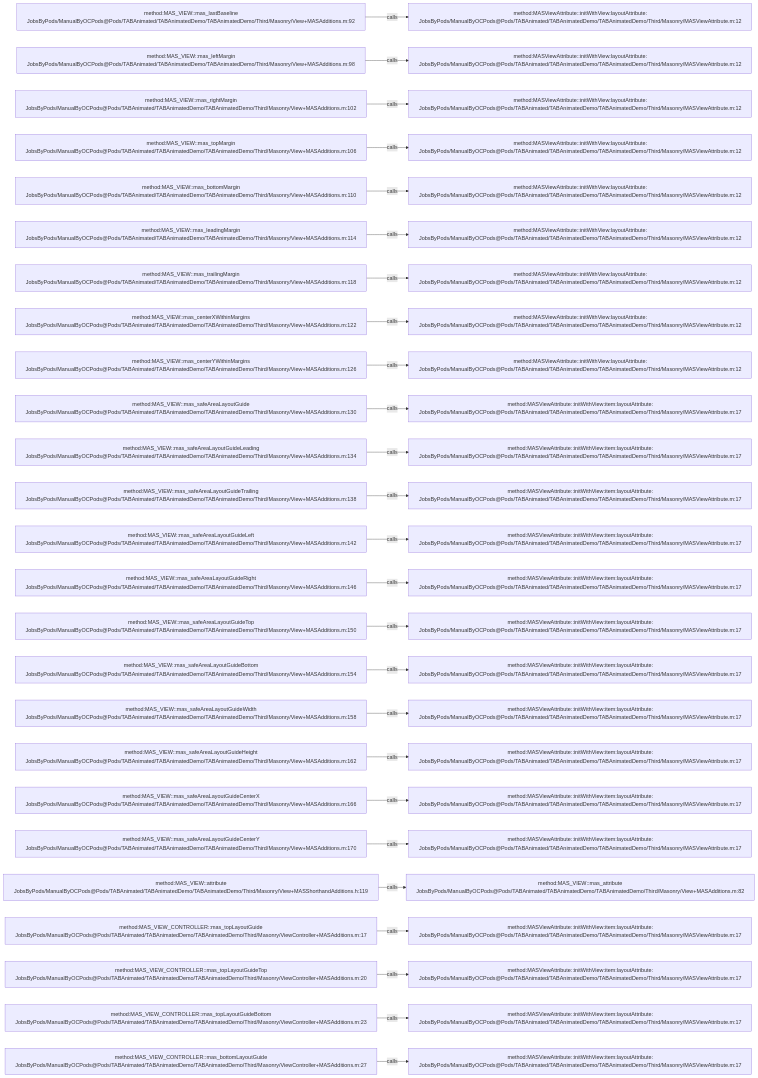
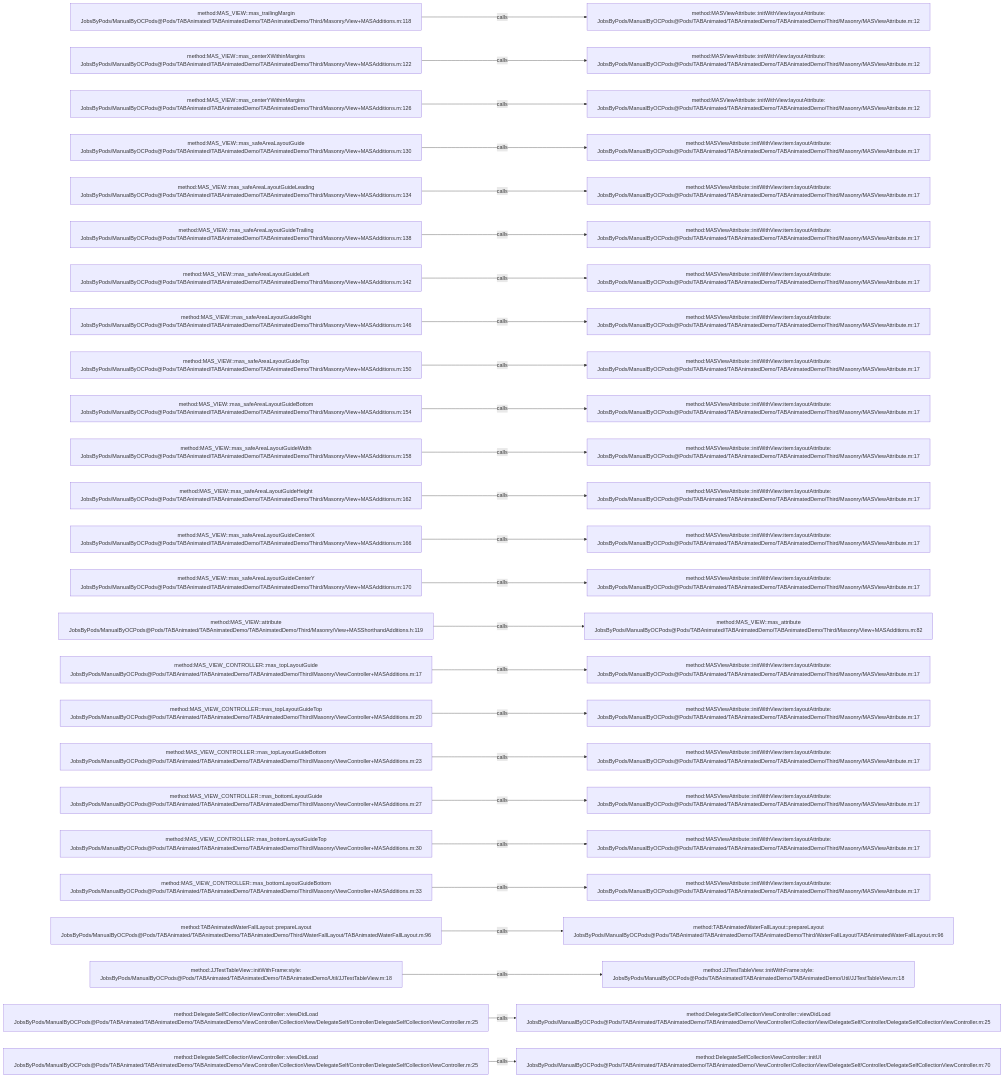
The diagram in .codegraph/codegraph.md/graphs/calls-039.md (JobsKits/JobsOCBaseConfigDemo), drawn with Mermaid before and after one commit. The commit also changed 666 other files, not shown here.

````diff
--- a/.codegraph/codegraph.md/graphs/calls-039.md
+++ b/.codegraph/codegraph.md/graphs/calls-039.md
@@ -13,78 +13,78 @@
 ```mermaid
 flowchart LR
-  S1["method:MAS_VIEW::mas_lastBaseline<br/>JobsByPods/ManualByOCPods@Pods/TABAnimated/TABAnimatedDemo/TABAnimatedDemo/Third/Masonry/View+MASAdditions.m:92"]
+  S1["method:MAS_VIEW::mas_trailingMargin<br/>JobsByPods/ManualByOCPods@Pods/TABAnimated/TABAnimatedDemo/TABAnimatedDemo/Third/Masonry/View+MASAdditions.m:118"]
   T1["method:MASViewAttribute::initWithView:layoutAttribute:<br/>JobsByPods/ManualByOCPods@Pods/TABAnimated/TABAnimatedDemo/TABAnimatedDemo/Third/Masonry/MASViewAttribute.m:12"]
   S1 -->|calls| T1
-  S2["method:MAS_VIEW::mas_leftMargin<br/>JobsByPods/ManualByOCPods@Pods/TABAnimated/TABAnimatedDemo/TABAnimatedDemo/Third/Masonry/View+MASAdditions.m:98"]
+  S2["method:MAS_VIEW::mas_centerXWithinMargins<br/>JobsByPods/ManualByOCPods@Pods/TABAnimated/TABAnimatedDemo/TABAnimatedDemo/Third/Masonry/View+MASAdditions.m:122"]
   T2["method:MASViewAttribute::initWithView:layoutAttribute:<br/>JobsByPods/ManualByOCPods@Pods/TABAnimated/TABAnimatedDemo/TABAnimatedDemo/Third/Masonry/MASViewAttribute.m:12"]
   S2 -->|calls| T2
-  S3["method:MAS_VIEW::mas_rightMargin<br/>JobsByPods/ManualByOCPods@Pods/TABAnimated/TABAnimatedDemo/TABAnimatedDemo/Third/Masonry/View+MASAdditions.m:102"]
+  S3["method:MAS_VIEW::mas_centerYWithinMargins<br/>JobsByPods/ManualByOCPods@Pods/TABAnimated/TABAnimatedDemo/TABAnimatedDemo/Third/Masonry/View+MASAdditions.m:126"]
   T3["method:MASViewAttribute::initWithView:layoutAttribute:<br/>JobsByPods/ManualByOCPods@Pods/TABAnimated/TABAnimatedDemo/TABAnimatedDemo/Third/Masonry/MASViewAttribute.m:12"]
   S3 -->|calls| T3
-  S4["method:MAS_VIEW::mas_topMargin<br/>JobsByPods/ManualByOCPods@Pods/TABAnimated/TABAnimatedDemo/TABAnimatedDemo/Third/Masonry/View+MASAdditions.m:106"]
-  T4["method:MASViewAttribute::initWithView:layoutAttribute:<br/>JobsByPods/ManualByOCPods@Pods/TABAnimated/TABAnimatedDemo/TABAnimatedDemo/Third/Masonry/MASViewAttribute.m:12"]
+  S4["method:MAS_VIEW::mas_safeAreaLayoutGuide<br/>JobsByPods/ManualByOCPods@Pods/TABAnimated/TABAnimatedDemo/TABAnimatedDemo/Third/Masonry/View+MASAdditions.m:130"]
+  T4["method:MASViewAttribute::initWithView:item:layoutAttribute:<br/>JobsByPods/ManualByOCPods@Pods/TABAnimated/TABAnimatedDemo/TABAnimatedDemo/Third/Masonry/MASViewAttribute.m:17"]
   S4 -->|calls| T4
-  S5["method:MAS_VIEW::mas_bottomMargin<br/>JobsByPods/ManualByOCPods@Pods/TABAnimated/TABAnimatedDemo/TABAnimatedDemo/Third/Masonry/View+MASAdditions.m:110"]
-  T5["method:MASViewAttribute::initWithView:layoutAttribute:<br/>JobsByPods/ManualByOCPods@Pods/TABAnimated/TABAnimatedDemo/TABAnimatedDemo/Third/Masonry/MASViewAttribute.m:12"]
+  S5["method:MAS_VIEW::mas_safeAreaLayoutGuideLeading<br/>JobsByPods/ManualByOCPods@Pods/TABAnimated/TABAnimatedDemo/TABAnimatedDemo/Third/Masonry/View+MASAdditions.m:134"]
+  T5["method:MASViewAttribute::initWithView:item:layoutAttribute:<br/>JobsByPods/ManualByOCPods@Pods/TABAnimated/TABAnimatedDemo/TABAnimatedDemo/Third/Masonry/MASViewAttribute.m:17"]
   S5 -->|calls| T5
-  S6["method:MAS_VIEW::mas_leadingMargin<br/>JobsByPods/ManualByOCPods@Pods/TABAnimated/TABAnimatedDemo/TABAnimatedDemo/Third/Masonry/View+MASAdditions.m:114"]
-  T6["method:MASViewAttribute::initWithView:layoutAttribute:<br/>JobsByPods/ManualByOCPods@Pods/TABAnimated/TABAnimatedDemo/TABAnimatedDemo/Third/Masonry/MASViewAttribute.m:12"]
+  S6["method:MAS_VIEW::mas_safeAreaLayoutGuideTrailing<br/>JobsByPods/ManualByOCPods@Pods/TABAnimated/TABAnimatedDemo/TABAnimatedDemo/Third/Masonry/View+MASAdditions.m:138"]
+  T6["method:MASViewAttribute::initWithView:item:layoutAttribute:<br/>JobsByPods/ManualByOCPods@Pods/TABAnimated/TABAnimatedDemo/TABAnimatedDemo/Third/Masonry/MASViewAttribute.m:17"]
   S6 -->|calls| T6
-  S7["method:MAS_VIEW::mas_trailingMargin<br/>JobsByPods/ManualByOCPods@Pods/TABAnimated/TABAnimatedDemo/TABAnimatedDemo/Third/Masonry/View+MASAdditions.m:118"]
-  T7["method:MASViewAttribute::initWithView:layoutAttribute:<br/>JobsByPods/ManualByOCPods@Pods/TABAnimated/TABAnimatedDemo/TABAnimatedDemo/Third/Masonry/MASViewAttribute.m:12"]
+  S7["method:MAS_VIEW::mas_safeAreaLayoutGuideLeft<br/>JobsByPods/ManualByOCPods@Pods/TABAnimated/TABAnimatedDemo/TABAnimatedDemo/Third/Masonry/View+MASAdditions.m:142"]
+  T7["method:MASViewAttribute::initWithView:item:layoutAttribute:<br/>JobsByPods/ManualByOCPods@Pods/TABAnimated/TABAnimatedDemo/TABAnimatedDemo/Third/Masonry/MASViewAttribute.m:17"]
   S7 -->|calls| T7
-  S8["method:MAS_VIEW::mas_centerXWithinMargins<br/>JobsByPods/ManualByOCPods@Pods/TABAnimated/TABAnimatedDemo/TABAnimatedDemo/Third/Masonry/View+MASAdditions.m:122"]
-  T8["method:MASViewAttribute::initWithView:layoutAttribute:<br/>JobsByPods/ManualByOCPods@Pods/TABAnimated/TABAnimatedDemo/TABAnimatedDemo/Third/Masonry/MASViewAttribute.m:12"]
+  S8["method:MAS_VIEW::mas_safeAreaLayoutGuideRight<br/>JobsByPods/ManualByOCPods@Pods/TABAnimated/TABAnimatedDemo/TABAnimatedDemo/Third/Masonry/View+MASAdditions.m:146"]
+  T8["method:MASViewAttribute::initWithView:item:layoutAttribute:<br/>JobsByPods/ManualByOCPods@Pods/TABAnimated/TABAnimatedDemo/TABAnimatedDemo/Third/Masonry/MASViewAttribute.m:17"]
   S8 -->|calls| T8
-  S9["method:MAS_VIEW::mas_centerYWithinMargins<br/>JobsByPods/ManualByOCPods@Pods/TABAnimated/TABAnimatedDemo/TABAnimatedDemo/Third/Masonry/View+MASAdditions.m:126"]
-  T9["method:MASViewAttribute::initWithView:layoutAttribute:<br/>JobsByPods/ManualByOCPods@Pods/TABAnimated/TABAnimatedDemo/TABAnimatedDemo/Third/Masonry/MASViewAttribute.m:12"]
+  S9["method:MAS_VIEW::mas_safeAreaLayoutGuideTop<br/>JobsByPods/ManualByOCPods@Pods/TABAnimated/TABAnimatedDemo/TABAnimatedDemo/Third/Masonry/View+MASAdditions.m:150"]
+  T9["method:MASViewAttribute::initWithView:item:layoutAttribute:<br/>JobsByPods/ManualByOCPods@Pods/TABAnimated/TABAnimatedDemo/TABAnimatedDemo/Third/Masonry/MASViewAttribute.m:17"]
   S9 -->|calls| T9
-  S10["method:MAS_VIEW::mas_safeAreaLayoutGuide<br/>JobsByPods/ManualByOCPods@Pods/TABAnimated/TABAnimatedDemo/TABAnimatedDemo/Third/Masonry/View+MASAdditions.m:130"]
+  S10["method:MAS_VIEW::mas_safeAreaLayoutGuideBottom<br/>JobsByPods/ManualByOCPods@Pods/TABAnimated/TABAnimatedDemo/TABAnimatedDemo/Third/Masonry/View+MASAdditions.m:154"]
   T10["method:MASViewAttribute::initWithView:item:layoutAttribute:<br/>JobsByPods/ManualByOCPods@Pods/TABAnimated/TABAnimatedDemo/TABAnimatedDemo/Third/Masonry/MASViewAttribute.m:17"]
   S10 -->|calls| T10
-  S11["method:MAS_VIEW::mas_safeAreaLayoutGuideLeading<br/>JobsByPods/ManualByOCPods@Pods/TABAnimated/TABAnimatedDemo/TABAnimatedDemo/Third/Masonry/View+MASAdditions.m:134"]
+  S11["method:MAS_VIEW::mas_safeAreaLayoutGuideWidth<br/>JobsByPods/ManualByOCPods@Pods/TABAnimated/TABAnimatedDemo/TABAnimatedDemo/Third/Masonry/View+MASAdditions.m:158"]
   T11["method:MASViewAttribute::initWithView:item:layoutAttribute:<br/>JobsByPods/ManualByOCPods@Pods/TABAnimated/TABAnimatedDemo/TABAnimatedDemo/Third/Masonry/MASViewAttribute.m:17"]
   S11 -->|calls| T11
-  S12["method:MAS_VIEW::mas_safeAreaLayoutGuideTrailing<br/>JobsByPods/ManualByOCPods@Pods/TABAnimated/TABAnimatedDemo/TABAnimatedDemo/Third/Masonry/View+MASAdditions.m:138"]
+  S12["method:MAS_VIEW::mas_safeAreaLayoutGuideHeight<br/>JobsByPods/ManualByOCPods@Pods/TABAnimated/TABAnimatedDemo/TABAnimatedDemo/Third/Masonry/View+MASAdditions.m:162"]
   T12["method:MASViewAttribute::initWithView:item:layoutAttribute:<br/>JobsByPods/ManualByOCPods@Pods/TABAnimated/TABAnimatedDemo/TABAnimatedDemo/Third/Masonry/MASViewAttribute.m:17"]
   S12 -->|calls| T12
-  S13["method:MAS_VIEW::mas_safeAreaLayoutGuideLeft<br/>JobsByPods/ManualByOCPods@Pods/TABAnimated/TABAnimatedDemo/TABAnimatedDemo/Third/Masonry/View+MASAdditions.m:142"]
+  S13["method:MAS_VIEW::mas_safeAreaLayoutGuideCenterX<br/>JobsByPods/ManualByOCPods@Pods/TABAnimated/TABAnimatedDemo/TABAnimatedDemo/Third/Masonry/View+MASAdditions.m:166"]
   T13["method:MASViewAttribute::initWithView:item:layoutAttribute:<br/>JobsByPods/ManualByOCPods@Pods/TABAnimated/TABAnimatedDemo/TABAnimatedDemo/Third/Masonry/MASViewAttribute.m:17"]
   S13 -->|calls| T13
-  S14["method:MAS_VIEW::mas_safeAreaLayoutGuideRight<br/>JobsByPods/ManualByOCPods@Pods/TABAnimated/TABAnimatedDemo/TABAnimatedDemo/Third/Masonry/View+MASAdditions.m:146"]
+  S14["method:MAS_VIEW::mas_safeAreaLayoutGuideCenterY<br/>JobsByPods/ManualByOCPods@Pods/TABAnimated/TABAnimatedDemo/TABAnimatedDemo/Third/Masonry/View+MASAdditions.m:170"]
   T14["method:MASViewAttribute::initWithView:item:layoutAttribute:<br/>JobsByPods/ManualByOCPods@Pods/TABAnimated/TABAnimatedDemo/TABAnimatedDemo/Third/Masonry/MASViewAttribute.m:17"]
   S14 -->|calls| T14
-  S15["method:MAS_VIEW::mas_safeAreaLayoutGuideTop<br/>JobsByPods/ManualByOCPods@Pods/TABAnimated/TABAnimatedDemo/TABAnimatedDemo/Third/Masonry/View+MASAdditions.m:150"]
-  T15["method:MASViewAttribute::initWithView:item:layoutAttribute:<br/>JobsByPods/ManualByOCPods@Pods/TABAnimated/TABAnimatedDemo/TABAnimatedDemo/Third/Masonry/MASViewAttribute.m:17"]
+  S15["method:MAS_VIEW::attribute<br/>JobsByPods/ManualByOCPods@Pods/TABAnimated/TABAnimatedDemo/TABAnimatedDemo/Third/Masonry/View+MASShorthandAdditions.h:119"]
+  T15["method:MAS_VIEW::mas_attribute<br/>JobsByPods/ManualByOCPods@Pods/TABAnimated/TABAnimatedDemo/TABAnimatedDemo/Third/Masonry/View+MASAdditions.m:82"]
   S15 -->|calls| T15
-  S16["method:MAS_VIEW::mas_safeAreaLayoutGuideBottom<br/>JobsByPods/ManualByOCPods@Pods/TABAnimated/TABAnimatedDemo/TABAnimatedDemo/Third/Masonry/View+MASAdditions.m:154"]
+  S16["method:MAS_VIEW_CONTROLLER::mas_topLayoutGuide<br/>JobsByPods/ManualByOCPods@Pods/TABAnimated/TABAnimatedDemo/TABAnimatedDemo/Third/Masonry/ViewController+MASAdditions.m:17"]
   T16["method:MASViewAttribute::initWithView:item:layoutAttribute:<br/>JobsByPods/ManualByOCPods@Pods/TABAnimated/TABAnimatedDemo/TABAnimatedDemo/Third/Masonry/MASViewAttribute.m:17"]
   S16 -->|calls| T16
-  S17["method:MAS_VIEW::mas_safeAreaLayoutGuideWidth<br/>JobsByPods/ManualByOCPods@Pods/TABAnimated/TABAnimatedDemo/TABAnimatedDemo/Third/Masonry/View+MASAdditions.m:158"]
+  S17["method:MAS_VIEW_CONTROLLER::mas_topLayoutGuideTop<br/>JobsByPods/ManualByOCPods@Pods/TABAnimated/TABAnimatedDemo/TABAnimatedDemo/Third/Masonry/ViewController+MASAdditions.m:20"]
   T17["method:MASViewAttribute::initWithView:item:layoutAttribute:<br/>JobsByPods/ManualByOCPods@Pods/TABAnimated/TABAnimatedDemo/TABAnimatedDemo/Third/Masonry/MASViewAttribute.m:17"]
   S17 -->|calls| T17
-  S18["method:MAS_VIEW::mas_safeAreaLayoutGuideHeight<br/>JobsByPods/ManualByOCPods@Pods/TABAnimated/TABAnimatedDemo/TABAnimatedDemo/Third/Masonry/View+MASAdditions.m:162"]
+  S18["method:MAS_VIEW_CONTROLLER::mas_topLayoutGuideBottom<br/>JobsByPods/ManualByOCPods@Pods/TABAnimated/TABAnimatedDemo/TABAnimatedDemo/Third/Masonry/ViewController+MASAdditions.m:23"]
   T18["method:MASViewAttribute::initWithView:item:layoutAttribute:<br/>JobsByPods/ManualByOCPods@Pods/TABAnimated/TABAnimatedDemo/TABAnimatedDemo/Third/Masonry/MASViewAttribute.m:17"]
   S18 -->|calls| T18
-  S19["method:MAS_VIEW::mas_safeAreaLayoutGuideCenterX<br/>JobsByPods/ManualByOCPods@Pods/TABAnimated/TABAnimatedDemo/TABAnimatedDemo/Third/Masonry/View+MASAdditions.m:166"]
+  S19["method:MAS_VIEW_CONTROLLER::mas_bottomLayoutGuide<br/>JobsByPods/ManualByOCPods@Pods/TABAnimated/TABAnimatedDemo/TABAnimatedDemo/Third/Masonry/ViewController+MASAdditions.m:27"]
   T19["method:MASViewAttribute::initWithView:item:layoutAttribute:<br/>JobsByPods/ManualByOCPods@Pods/TABAnimated/TABAnimatedDemo/TABAnimatedDemo/Third/Masonry/MASViewAttribute.m:17"]
   S19 -->|calls| T19
-  S20["method:MAS_VIEW::mas_safeAreaLayoutGuideCenterY<br/>JobsByPods/ManualByOCPods@Pods/TABAnimated/TABAnimatedDemo/TABAnimatedDemo/Third/Masonry/View+MASAdditions.m:170"]
+  S20["method:MAS_VIEW_CONTROLLER::mas_bottomLayoutGuideTop<br/>JobsByPods/ManualByOCPods@Pods/TABAnimated/TABAnimatedDemo/TABAnimatedDemo/Third/Masonry/ViewController+MASAdditions.m:30"]
   T20["method:MASViewAttribute::initWithView:item:layoutAttribute:<br/>JobsByPods/ManualByOCPods@Pods/TABAnimated/TABAnimatedDemo/TABAnimatedDemo/Third/Masonry/MASViewAttribute.m:17"]
   S20 -->|calls| T20
-  S21["method:MAS_VIEW::attribute<br/>JobsByPods/ManualByOCPods@Pods/TABAnimated/TABAnimatedDemo/TABAnimatedDemo/Third/Masonry/View+MASShorthandAdditions.h:119"]
-  T21["method:MAS_VIEW::mas_attribute<br/>JobsByPods/ManualByOCPods@Pods/TABAnimated/TABAnimatedDemo/TABAnimatedDemo/Third/Masonry/View+MASAdditions.m:82"]
+  S21["method:MAS_VIEW_CONTROLLER::mas_bottomLayoutGuideBottom<br/>JobsByPods/ManualByOCPods@Pods/TABAnimated/TABAnimatedDemo/TABAnimatedDemo/Third/Masonry/ViewController+MASAdditions.m:33"]
+  T21["method:MASViewAttribute::initWithView:item:layoutAttribute:<br/>JobsByPods/ManualByOCPods@Pods/TABAnimated/TABAnimatedDemo/TABAnimatedDemo/Third/Masonry/MASViewAttribute.m:17"]
   S21 -->|calls| T21
-  S22["method:MAS_VIEW_CONTROLLER::mas_topLayoutGuide<br/>JobsByPods/ManualByOCPods@Pods/TABAnimated/TABAnimatedDemo/TABAnimatedDemo/Third/Masonry/ViewController+MASAdditions.m:17"]
-  T22["method:MASViewAttribute::initWithView:item:layoutAttribute:<br/>JobsByPods/ManualByOCPods@Pods/TABAnimated/TABAnimatedDemo/TABAnimatedDemo/Third/Masonry/MASViewAttribute.m:17"]
+  S22["method:TABAnimatedWaterFallLayout::prepareLayout<br/>JobsByPods/ManualByOCPods@Pods/TABAnimated/TABAnimatedDemo/TABAnimatedDemo/Third/WaterFallLayout/TABAnimatedWaterFallLayout.m:96"]
+  T22["method:TABAnimatedWaterFallLayout::prepareLayout<br/>JobsByPods/ManualByOCPods@Pods/TABAnimated/TABAnimatedDemo/TABAnimatedDemo/Third/WaterFallLayout/TABAnimatedWaterFallLayout.m:96"]
   S22 -->|calls| T22
-  S23["method:MAS_VIEW_CONTROLLER::mas_topLayoutGuideTop<br/>JobsByPods/ManualByOCPods@Pods/TABAnimated/TABAnimatedDemo/TABAnimatedDemo/Third/Masonry/ViewController+MASAdditions.m:20"]
-  T23["method:MASViewAttribute::initWithView:item:layoutAttribute:<br/>JobsByPods/ManualByOCPods@Pods/TABAnimated/TABAnimatedDemo/TABAnimatedDemo/Third/Masonry/MASViewAttribute.m:17"]
+  S23["method:JJTestTableView::initWithFrame:style:<br/>JobsByPods/ManualByOCPods@Pods/TABAnimated/TABAnimatedDemo/TABAnimatedDemo/Util/JJTestTableView.m:18"]
+  T23["method:JJTestTableView::initWithFrame:style:<br/>JobsByPods/ManualByOCPods@Pods/TABAnimated/TABAnimatedDemo/TABAnimatedDemo/Util/JJTestTableView.m:18"]
   S23 -->|calls| T23
-  S24["method:MAS_VIEW_CONTROLLER::mas_topLayoutGuideBottom<br/>JobsByPods/ManualByOCPods@Pods/TABAnimated/TABAnimatedDemo/TABAnimatedDemo/Third/Masonry/ViewController+MASAdditions.m:23"]
-  T24["method:MASViewAttribute::initWithView:item:layoutAttribute:<br/>JobsByPods/ManualByOCPods@Pods/TABAnimated/TABAnimatedDemo/TABAnimatedDemo/Third/Masonry/MASViewAttribute.m:17"]
+  S24["method:DelegateSelfCollectionViewController::viewDidLoad<br/>JobsByPods/ManualByOCPods@Pods/TABAnimated/TABAnimatedDemo/TABAnimatedDemo/ViewController/CollectionView/DelegateSelf/Controller/DelegateSelfCollectionViewController.m:25"]
+  T24["method:DelegateSelfCollectionViewController::viewDidLoad<br/>JobsByPods/ManualByOCPods@Pods/TABAnimated/TABAnimatedDemo/TABAnimatedDemo/ViewController/CollectionView/DelegateSelf/Controller/DelegateSelfCollectionViewController.m:25"]
   S24 -->|calls| T24
-  S25["method:MAS_VIEW_CONTROLLER::mas_bottomLayoutGuide<br/>JobsByPods/ManualByOCPods@Pods/TABAnimated/TABAnimatedDemo/TABAnimatedDemo/Third/Masonry/ViewController+MASAdditions.m:27"]
-  T25["method:MASViewAttribute::initWithView:item:layoutAttribute:<br/>JobsByPods/ManualByOCPods@Pods/TABAnimated/TABAnimatedDemo/TABAnimatedDemo/Third/Masonry/MASViewAttribute.m:17"]
+  S25["method:DelegateSelfCollectionViewController::viewDidLoad<br/>JobsByPods/ManualByOCPods@Pods/TABAnimated/TABAnimatedDemo/TABAnimatedDemo/ViewController/CollectionView/DelegateSelf/Controller/DelegateSelfCollectionViewController.m:25"]
+  T25["method:DelegateSelfCollectionViewController::initUI<br/>JobsByPods/ManualByOCPods@Pods/TABAnimated/TABAnimatedDemo/TABAnimatedDemo/ViewController/CollectionView/DelegateSelf/Controller/DelegateSelfCollectionViewController.m:70"]
   S25 -->|calls| T25
 ```
````
